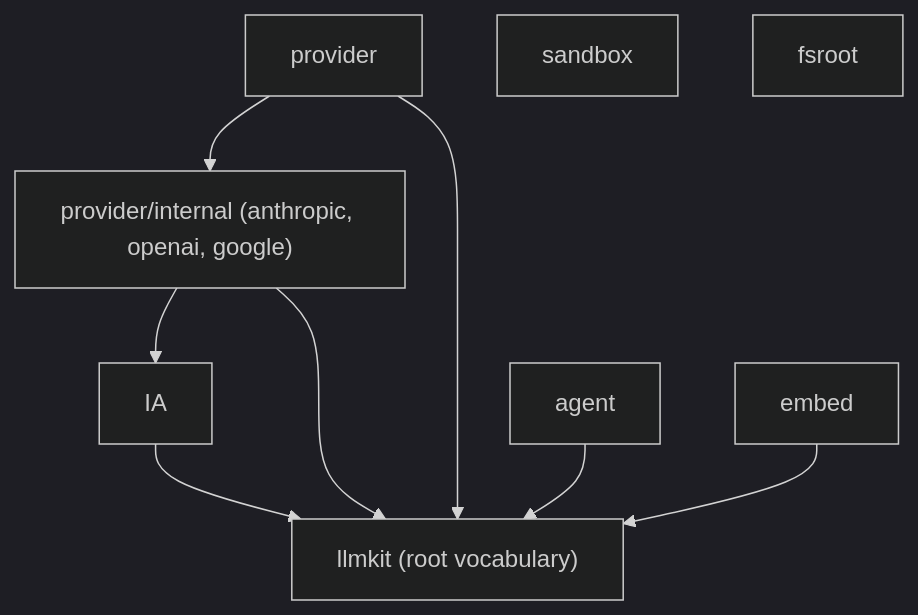
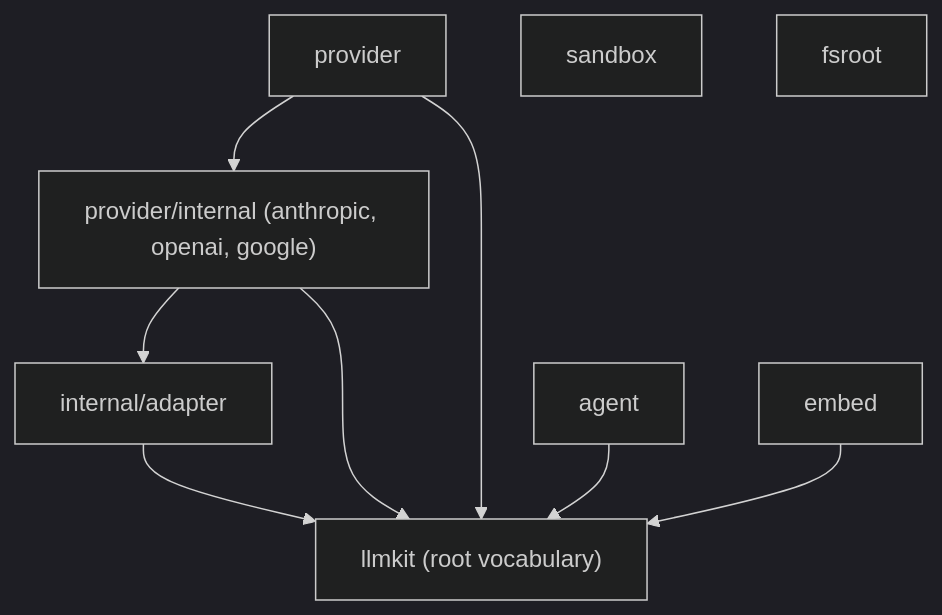
The diagram in docs/design.md (dpoage/llmkit), drawn with Mermaid (dark theme) before and after one commit. The commit also changed 1 other file, not shown here.

Commit message:
docs(onboarding): changelog omissions from OracleTruth re-review; IA node label (llmkit-9kl.5)
All three omissions verified against the trees before writing:
- 0.3.0: provider/{anthropic,openai,google} Options.Capabilities retyped
  *llmkit.Capabilities -> func(llmkit.Capabilities) llmkit.Capabilities;
  Options.StructuredOutput removed (v0.2.0:provider/anthropic/anthropic.go
  Options vs v0.3.0:57/36 in openai/google).
- Unreleased embed: RetryConfig, DefaultRetryConfig (v0.3.0:embed/retry.go:23,44)
  and DefaultEmbedTimeout (v0.3.0:embed/config.go:14) deleted.
- Unreleased agent: Limits.BudgetCheck removed (v0.3.0:agent/agent.go:100);
  WithBudgetPool replaces it.
- design.md: ADAPTERS --> IA regains the ["internal/adapter"] label;
  diagram re-parsed (mermaid@11 flowchart-v2).

Verification: go build ./... ok, gofmt -l . empty, CHANGELOG fences
balanced, verbatim paste compiles, tails byte-identical, no .go changes.

````diff
--- a/docs/design.md
+++ b/docs/design.md
@@ -12,13 +12,13 @@
 ```mermaid
 flowchart TD
     AGENT["agent"]
     PROV["provider"] --> ADAPTERS["provider/internal (anthropic, openai, google)"]
-    ADAPTERS --> IA
+    ADAPTERS --> IA["internal/adapter"]
     IA --> ROOT["llmkit (root vocabulary)"]
     ADAPTERS --> ROOT
     PROV --> ROOT
     AGENT --> ROOT
     EMBED["embed"] --> ROOT
     SANDBOX["sandbox"]
     FSROOT["fsroot"]
 ```
````
